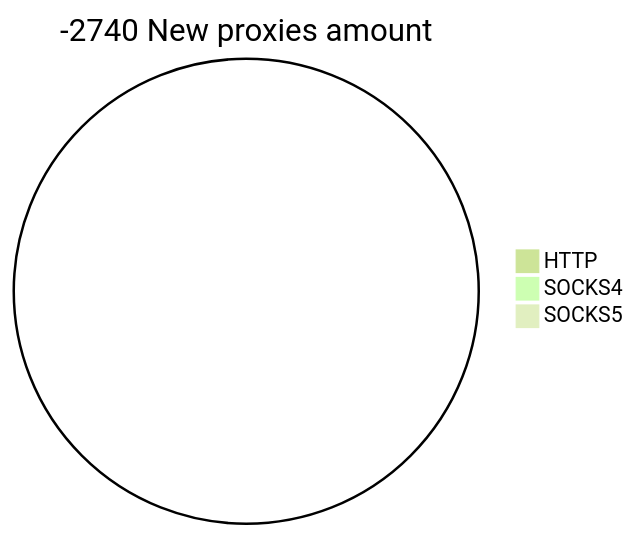
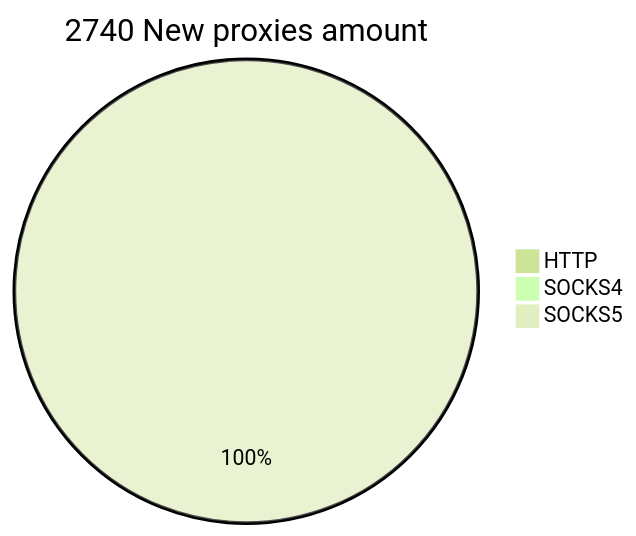
Before and after one commit to cutipu/proxylist: the second of 2 diagrams in README.md, drawn with Mermaid (forest theme). The commit also changed other lines of this file, not shown here.

````diff
--- a/README.md
+++ b/README.md
@@ -10,6 +10,6 @@
 ```mermaid
-pie title -2740 New proxies amount
+pie title 2740 New proxies amount
     "HTTP" : 0
     "SOCKS4" : 0
-    "SOCKS5" : 0
+    "SOCKS5" : 2740
 ```
````
